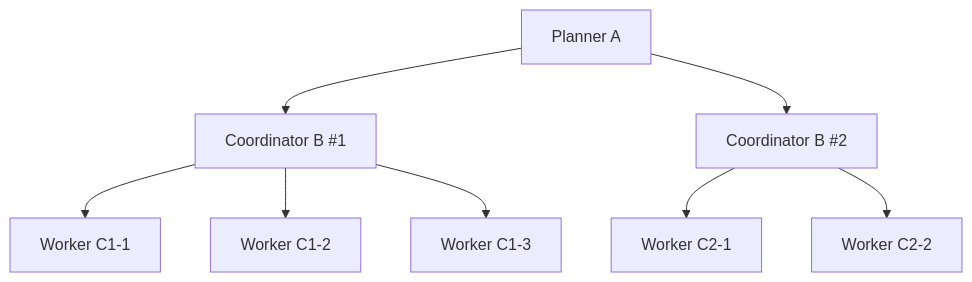
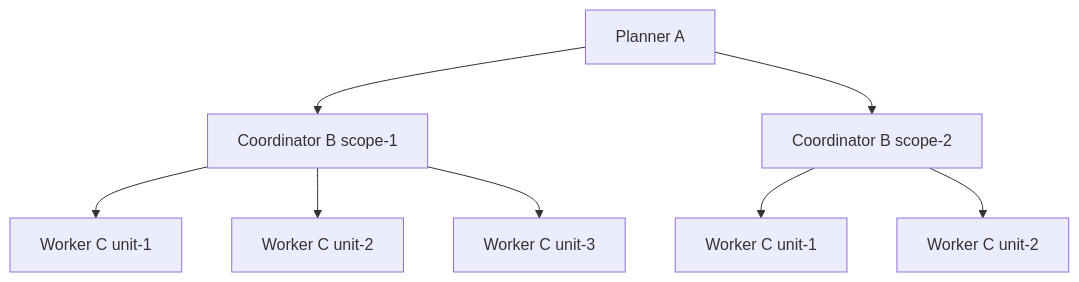
Before and after one commit to zhang-xr/hivemind: the fourth of 4 diagrams in README.md, drawn with Mermaid. The commit also changed other lines of this file, not shown here.

````diff
--- a/README.md
+++ b/README.md
@@ -350,18 +346,18 @@
 ```mermaid
 flowchart TD
     A["Planner A"]
-    B1["Coordinator B #1"]
-    B2["Coordinator B #2"]
-    C11["Worker C1-1"]
-    C12["Worker C1-2"]
-    C13["Worker C1-3"]
-    C21["Worker C2-1"]
-    C22["Worker C2-2"]
+    B1["Coordinator B scope-1"]
+    B2["Coordinator B scope-2"]
+    C11["Worker C unit-1"]
+    C12["Worker C unit-2"]
+    C13["Worker C unit-3"]
+    C21["Worker C unit-1"]
+    C22["Worker C unit-2"]
     A --> B1
     A --> B2
     B1 --> C11
     B1 --> C12
     B1 --> C13
     B2 --> C21
     B2 --> C22
 ```
````
